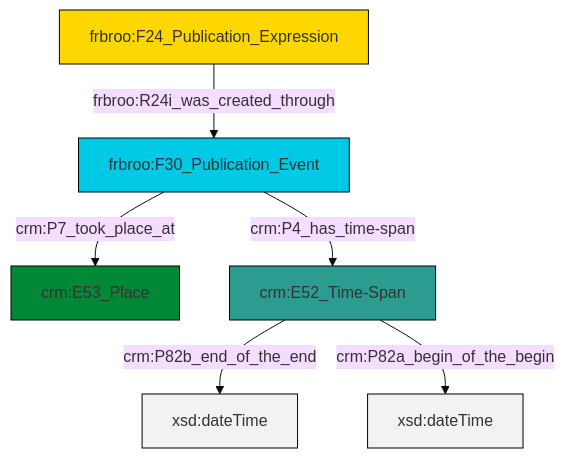
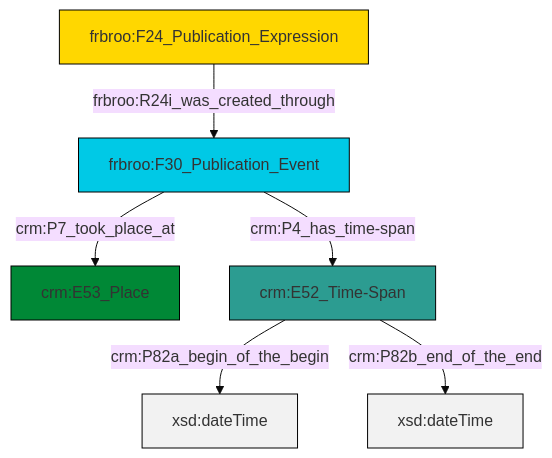
The diagram in et/biblioCSV/ttl/mmd/biblio_existence.ttl.mmd (swiss-art-research-net/reference-data-models), drawn with Mermaid (base theme) before and after one commit. The commit also changed 123 other files, not shown here.

```diff
--- a/et/biblioCSV/ttl/mmd/biblio_existence.ttl.mmd
+++ b/et/biblioCSV/ttl/mmd/biblio_existence.ttl.mmd
@@ -1,20 +1,20 @@
 graph TD
 classDef Literal fill:#f2f2f2,stroke:#000000;
 classDef CRM_Entity fill:#FFFFFF,stroke:#000000;
 classDef Temporal_Entity fill:#00C9E6, stroke:#000000;
 classDef Type fill:#E18312, stroke:#000000;
 classDef Time-Span fill:#2C9C91, stroke:#000000;
 classDef Appellation fill:#FFEB7F, stroke:#000000;
 classDef Place fill:#008836, stroke:#000000;
 classDef Persistent_Item fill:#B266B2, stroke:#000000;
 classDef Conceptual_Object fill:#FFD700, stroke:#000000;
 classDef Physical_Thing fill:#D2B48C, stroke:#000000;
 classDef Actor fill:#f58aad, stroke:#000000;
 classDef PC_Classes fill:#4ce600, stroke:#000000;
 classDef Multi fill:#cccccc,stroke:#000000;
 
-2["crm:E52_Time-Span"]:::Time-Span -->|crm:P82b_end_of_the_end| 3[xsd:dateTime]:::Literal
-4["frbroo:F30_Publication_Event"]:::Temporal_Entity -->|crm:P4_has_time-span| 2["crm:E52_Time-Span"]:::Time-Span
-5["frbroo:F24_Publication_Expression"]:::Conceptual_Object -->|frbroo:R24i_was_created_through| 4["frbroo:F30_Publication_Event"]:::Temporal_Entity
-4["frbroo:F30_Publication_Event"]:::Temporal_Entity -->|crm:P7_took_place_at| 0["crm:E53_Place"]:::Place
-2["crm:E52_Time-Span"]:::Time-Span -->|crm:P82a_begin_of_the_begin| 9[xsd:dateTime]:::Literal
+0["frbroo:F24_Publication_Expression"]:::Conceptual_Object -->|frbroo:R24i_was_created_through| 1["frbroo:F30_Publication_Event"]:::Temporal_Entity
+4["crm:E52_Time-Span"]:::Time-Span -->|crm:P82a_begin_of_the_begin| 6[xsd:dateTime]:::Literal
+1["frbroo:F30_Publication_Event"]:::Temporal_Entity -->|crm:P4_has_time-span| 4["crm:E52_Time-Span"]:::Time-Span
+4["crm:E52_Time-Span"]:::Time-Span -->|crm:P82b_end_of_the_end| 7[xsd:dateTime]:::Literal
+1["frbroo:F30_Publication_Event"]:::Temporal_Entity -->|crm:P7_took_place_at| 2["crm:E53_Place"]:::Place
```
